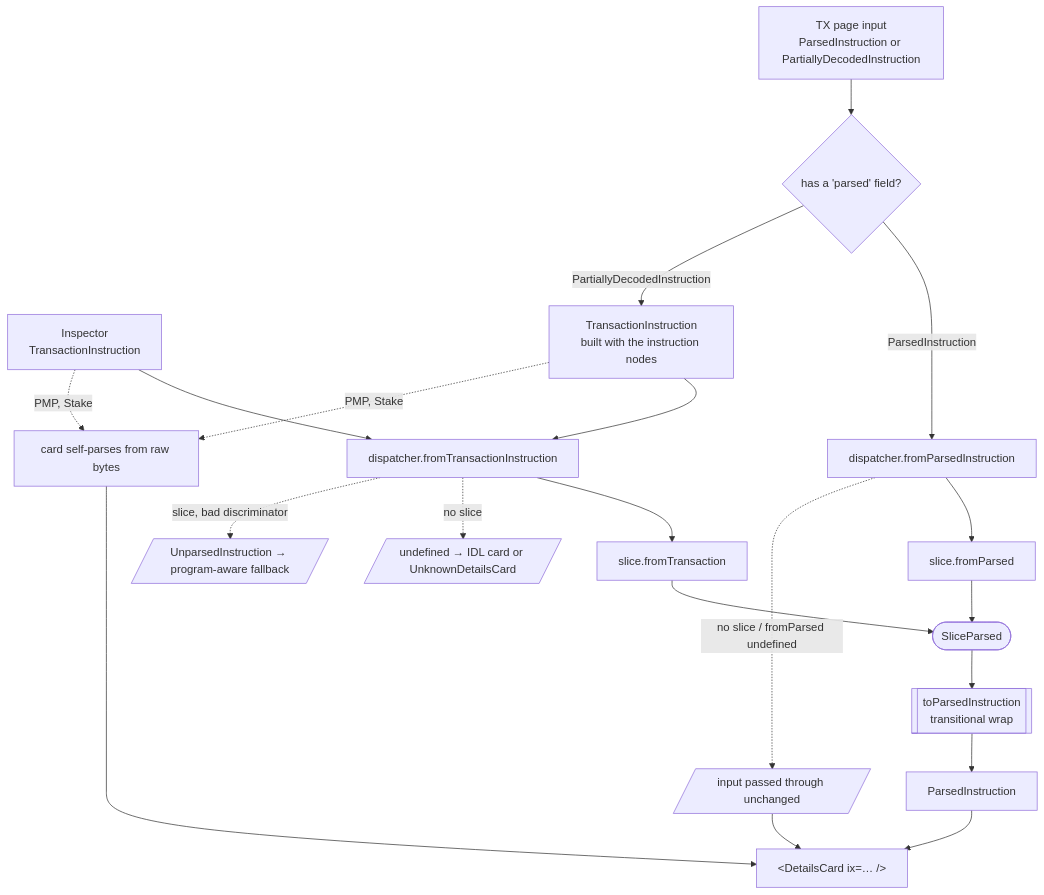
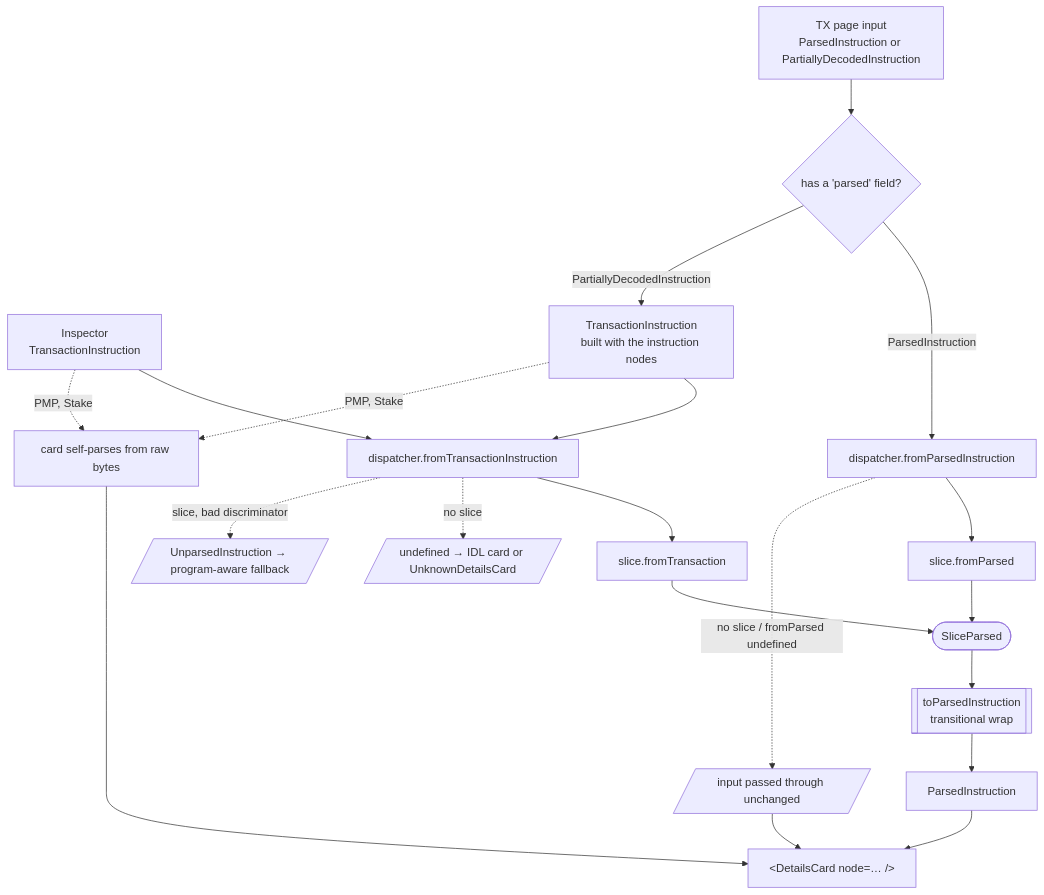
One commit to solana-foundation/explorer changed the diagram in openspec/changes/unify-instruction-parsing/specs/instruction-parser/spec.md. Above: the diagram before and after it, drawn with Mermaid. The commit also changed other lines of this file and 5 other files, not shown here.

````diff
--- a/openspec/changes/unify-instruction-parsing/specs/instruction-parser/spec.md
+++ b/openspec/changes/unify-instruction-parsing/specs/instruction-parser/spec.md
@@ -9,27 +9,27 @@
 ```mermaid
 flowchart TD
     A[Inspector<br/>TransactionInstruction] --> B[dispatcher.fromTransactionInstruction]
     C[TX page input<br/>ParsedInstruction or PartiallyDecodedInstruction] --> Q{has a 'parsed' field?}
     Q -- ParsedInstruction --> D[dispatcher.fromParsedInstruction]
     Q -- PartiallyDecodedInstruction --> T[TransactionInstruction<br/>built with the instruction nodes]
     T --> B
 
     B --> E[slice.fromTransaction]
     D --> F[slice.fromParsed]
 
     E --> G([SliceParsed])
     F --> G
 
     G --> H[[toParsedInstruction<br/>transitional wrap]]
     H --> I[ParsedInstruction]
 
     B -. no slice .-> U[/undefined → IDL card or UnknownDetailsCard/]
     B -. slice, bad discriminator .-> N[/UnparsedInstruction → program-aware fallback/]
     D -. no slice / fromParsed undefined .-> R[/input passed through unchanged/]
     A -. PMP, Stake .-> KK[card self-parses from raw bytes]
     T -. PMP, Stake .-> KK
 
-    I --> J[&lt;DetailsCard ix=… /&gt;]
+    I --> J[&lt;DetailsCard node=… /&gt;]
     R --> J
     KK --> J
 ```
````
